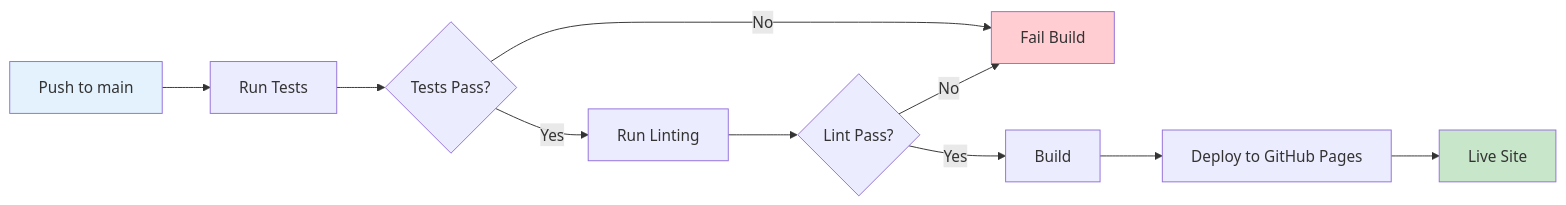
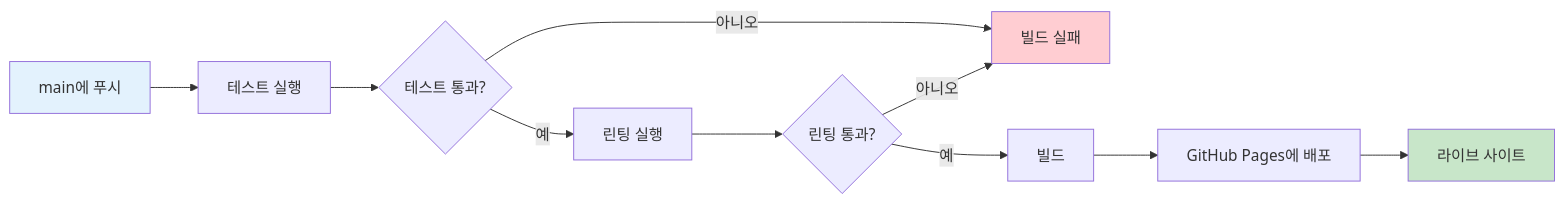
One commit to megaTRX/calculator changed the second of 5 diagrams in README.md. Above: the diagram before and after it, drawn with Mermaid. The commit also changed other lines of this file, not shown here.

````diff
--- a/README.md
+++ b/README.md
@@ -210,16 +210,16 @@
 ```mermaid
 graph LR
-    A[Push to main] --> B[Run Tests]
-    B --> C{Tests Pass?}
-    C -->|Yes| D[Run Linting]
-    C -->|No| E[Fail Build]
-    D --> F{Lint Pass?}
-    F -->|Yes| G[Build]
-    F -->|No| E
-    G --> H[Deploy to GitHub Pages]
-    H --> I[Live Site]
+    A[main에 푸시] --> B[테스트 실행]
+    B --> C{테스트 통과?}
+    C -->|예| D[린팅 실행]
+    C -->|아니오| E[빌드 실패]
+    D --> F{린팅 통과?}
+    F -->|예| G[빌드]
+    F -->|아니오| E
+    G --> H[GitHub Pages에 배포]
+    H --> I[라이브 사이트]
     
     style A fill:#e3f2fd
     style I fill:#c8e6c9
     style E fill:#ffcdd2
 ```
````
